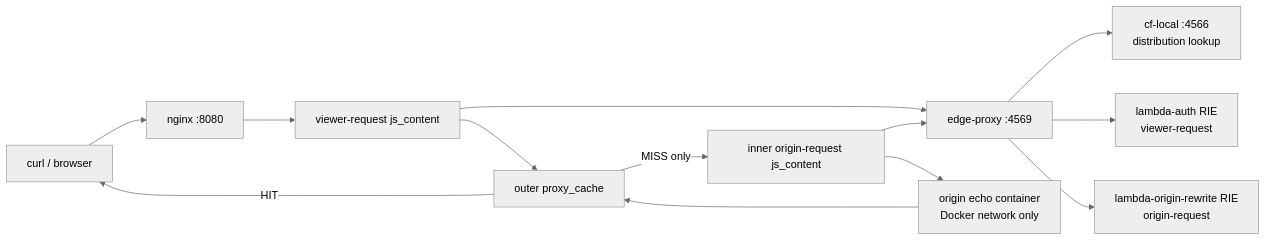
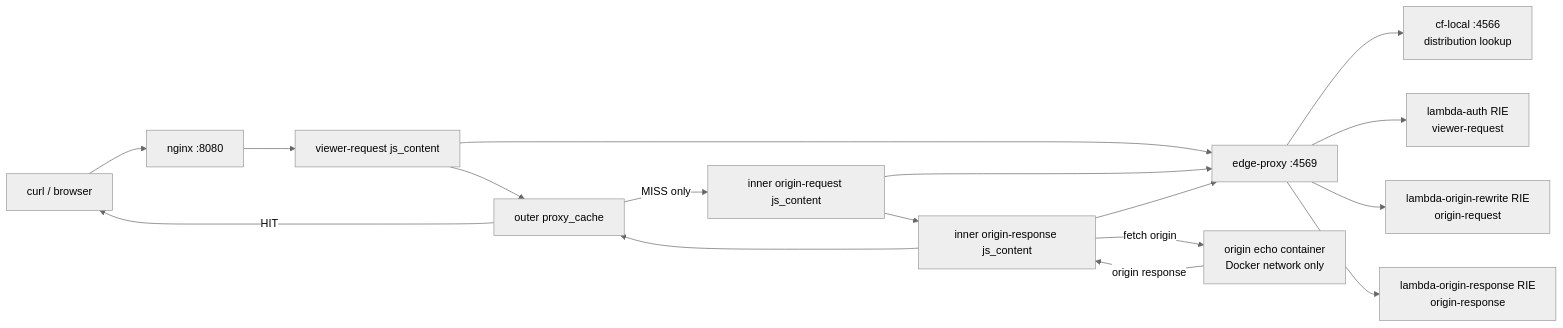
The diagram in examples/lambda-edge-full/README.md (DKen-DevCat/cf-local), drawn with Mermaid (neutral theme) before and after one commit. The commit also changed other lines of this file and 5 other files, not shown here.

First line of the commit message:
feat(phase-4f): lambda-edge-full origin-response example + docs (task-4)

````diff
--- a/examples/lambda-edge-full/README.md
+++ b/examples/lambda-edge-full/README.md
@@ -11,15 +12,19 @@
 ```mermaid
 flowchart LR
   C[curl / browser] --> N[nginx :8080]
   N --> VR[viewer-request js_content]
   VR --> EP[edge-proxy :4569]
   EP --> CP[cf-local :4566<br/>distribution lookup]
   EP --> LA[lambda-auth RIE<br/>viewer-request]
   VR --> CACHE[outer proxy_cache]
   CACHE -->|MISS only| OR[inner origin-request js_content]
   OR --> EP
   EP --> LO[lambda-origin-rewrite RIE<br/>origin-request]
-  OR --> O[origin echo container<br/>Docker network only]
+  OR --> ORES[inner origin-response js_content]
+  ORES -->|fetch origin| O[origin echo container<br/>Docker network only]
+  O -->|origin response| ORES
+  ORES --> EP
+  EP --> LR[lambda-origin-response RIE<br/>origin-response]
+  ORES --> CACHE
   CACHE -->|HIT| C
-  O --> CACHE
 ```
````
